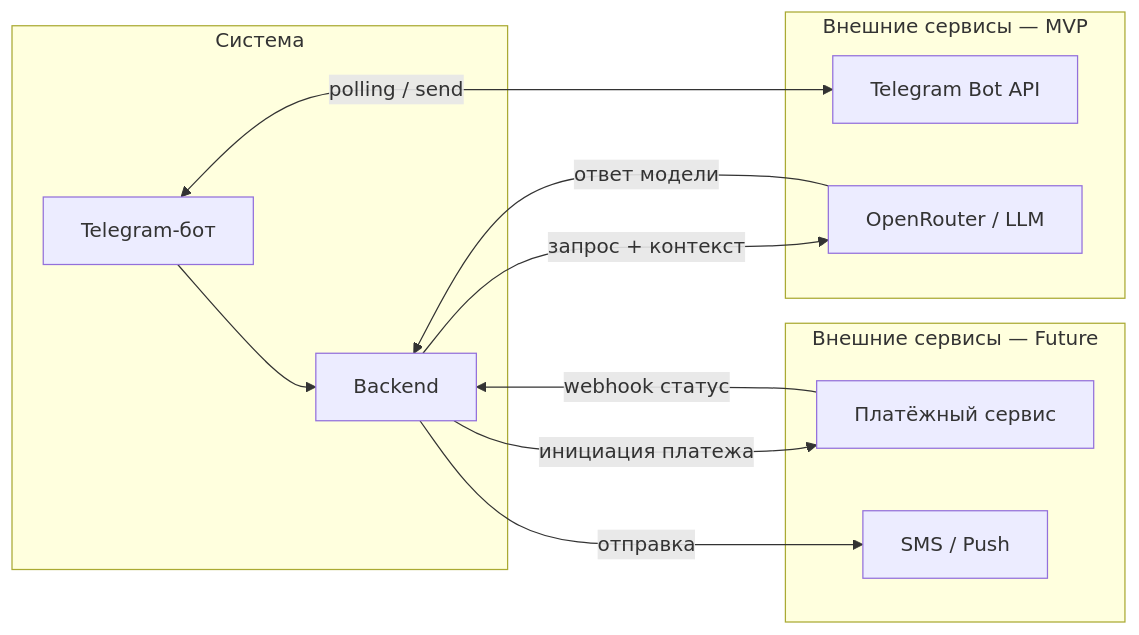
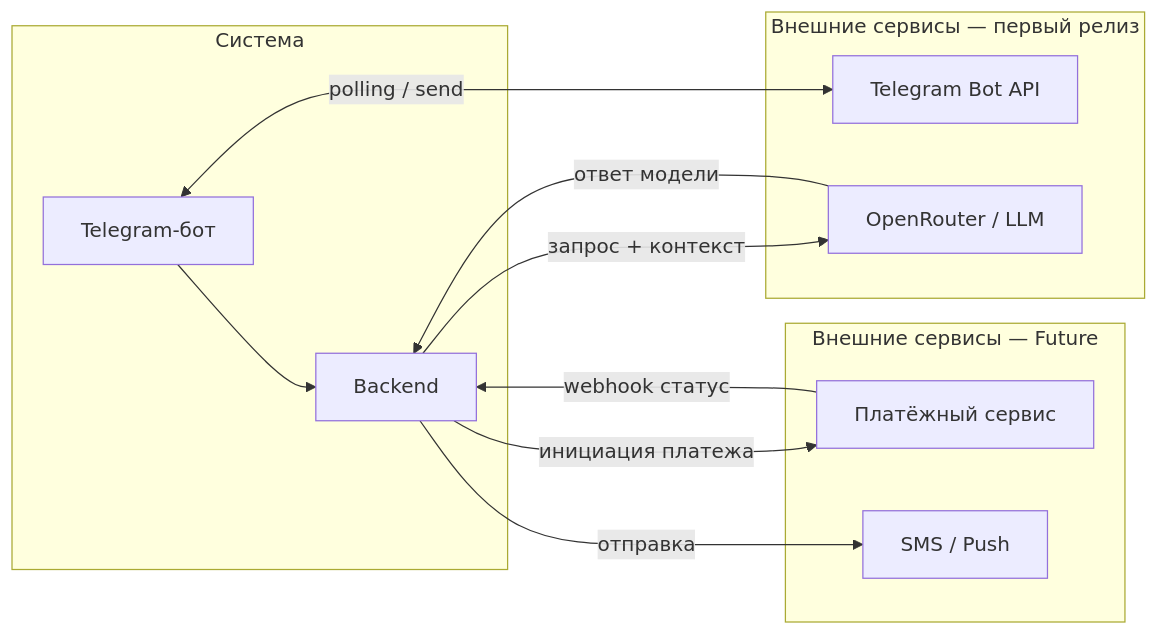
The diagram in docs/tech/integrations.md (zharkov-ruslan/pereobuyka), drawn with Mermaid before and after one commit. The commit also changed other lines of this file and 33 other files, not shown here.

````diff
--- a/docs/tech/integrations.md
+++ b/docs/tech/integrations.md
@@ -92,25 +92,25 @@
 ```mermaid
 flowchart LR
     subgraph sys["Система"]
         BOT[Telegram-бот]
         BACKEND[Backend]
     end
 
-    subgraph mvp["Внешние сервисы — MVP"]
+    subgraph first_release["Внешние сервисы — первый релиз"]
         TG[Telegram Bot API]
         OR[OpenRouter / LLM]
     end
 
     subgraph future["Внешние сервисы — Future"]
         PAY[Платёжный сервис]
         SMS[SMS / Push]
     end
 
     BOT <-->|polling / send| TG
     BOT --> BACKEND
     BACKEND -->|запрос + контекст| OR
     OR -->|ответ модели| BACKEND
     BACKEND -->|инициация платежа| PAY
     PAY -->|webhook статус| BACKEND
     BACKEND -->|отправка| SMS
 ```
````
